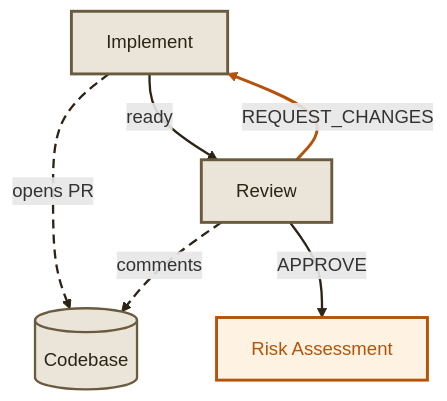
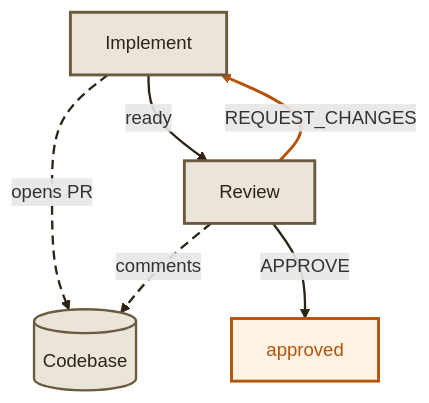
One commit to dunkinfrunkin/maestro changed the third of 5 diagrams in docs/docs/pipeline.mdx. Above: the diagram before and after it, drawn with Mermaid. The commit also changed other lines of this file, not shown here.

````diff
--- a/docs/docs/pipeline.mdx
+++ b/docs/docs/pipeline.mdx
@@ -83,19 +84,19 @@
 ```mermaid
 graph TB
   IA["Implement"] -- "opens PR" --> CB[("Codebase")]
   IA -- "ready" --> RA["Review"]
-  RA -- "APPROVE" --> NEXT["Risk Assessment"]
+  RA -- "APPROVE" --> NEXT["approved"]
   RA -- "REQUEST_CHANGES" --> IA
   RA -- "comments" --> CB
 
   style IA fill:#ebe5d9,stroke:#6b5b3e,stroke-width:2.5px,color:#2c2416
   style CB fill:#ebe5d9,stroke:#6b5b3e,stroke-width:2px,color:#2c2416
   style RA fill:#ebe5d9,stroke:#6b5b3e,stroke-width:2.5px,color:#2c2416
   style NEXT fill:#fef3e2,stroke:#b45309,stroke-width:2.5px,color:#b45309
 
   linkStyle 0 stroke:#2c2416,stroke-width:2px,stroke-dasharray:8 5
   linkStyle 1 stroke:#2c2416,stroke-width:2px
   linkStyle 2 stroke:#2c2416,stroke-width:2px
   linkStyle 3 stroke:#b45309,stroke-width:2.5px
   linkStyle 4 stroke:#2c2416,stroke-width:2px,stroke-dasharray:8 5
 ```
````
